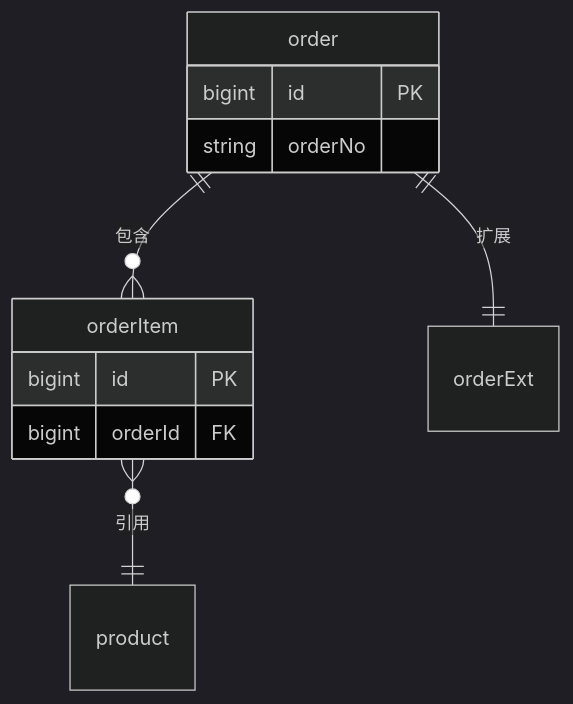
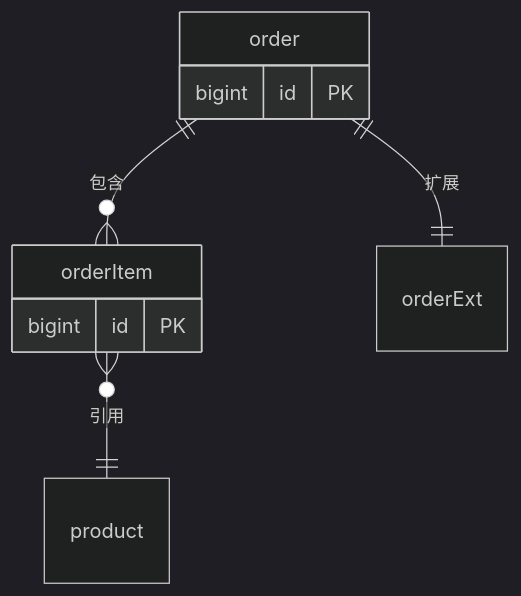
One commit to morehao/agent-skills changed the diagram in skills/tech-design/references/data-model.md. Above: the diagram before and after it, drawn with Mermaid (dark theme). The commit also changed other lines of this file and 21 other files, not shown here.

First line of the commit message:
feat(tech-design): 配图从有就好改为下限约束（按章节查图 + 档位最小图集） (#65)

````diff
--- a/skills/tech-design/references/data-model.md
+++ b/skills/tech-design/references/data-model.md
@@ -28,14 +28,12 @@
 ```mermaid
 erDiagram
     order ||--o{ orderItem : "包含"
     order ||--|| orderExt : "扩展"
     orderItem }o--|| product : "引用"
     order {
         bigint id PK
-        string orderNo
     }
     orderItem {
         bigint id PK
-        bigint orderId FK
     }
 ```
````
